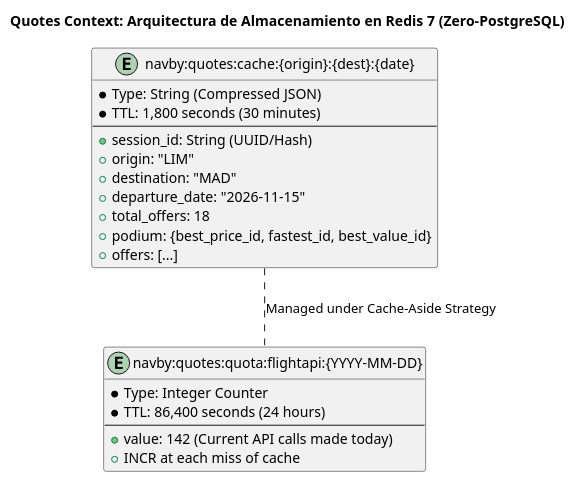
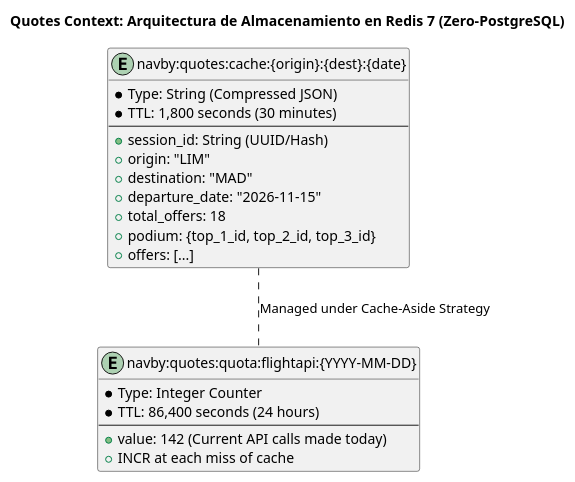
One commit to upc-pre-202620-1acc0184-4834-andeva/navby-report changed the sixth of 16 diagrams in docs/backend-documentation/navby-backend-tactical-specification.md. Above: the diagram before and after it, drawn with PlantUML. The commit also changed other lines of this file and 16 other files, not shown here.

````diff
--- a/docs/backend-documentation/navby-backend-tactical-specification.md
+++ b/docs/backend-documentation/navby-backend-tactical-specification.md
@@ -1172,28 +1172,28 @@
 ```plantuml
 @startuml
 title Quotes Context: Arquitectura de Almacenamiento en Redis 7 (Zero-PostgreSQL)
 
 entity "navby:quotes:cache:{origin}:{dest}:{date}" as QuoteCacheKey {
     * Type: String (Compressed JSON)
     * TTL: 1,800 seconds (30 minutes)
     --
     + session_id: String (UUID/Hash)
     + origin: "LIM"
     + destination: "MAD"
     + departure_date: "2026-11-15"
     + total_offers: 18
-    + podium: {best_price_id, fastest_id, best_value_id}
+    + podium: {top_1_id, top_2_id, top_3_id}
     + offers: [...]
 }
 
 entity "navby:quotes:quota:flightapi:{YYYY-MM-DD}" as QuotaKey {
     * Type: Integer Counter
     * TTL: 86,400 seconds (24 hours)
     --
     + value: 142 (Current API calls made today)
     + INCR at each miss of cache
 }
 
 QuoteCacheKey .. QuotaKey : Managed under Cache-Aside Strategy
 @enduml
 ```
````
